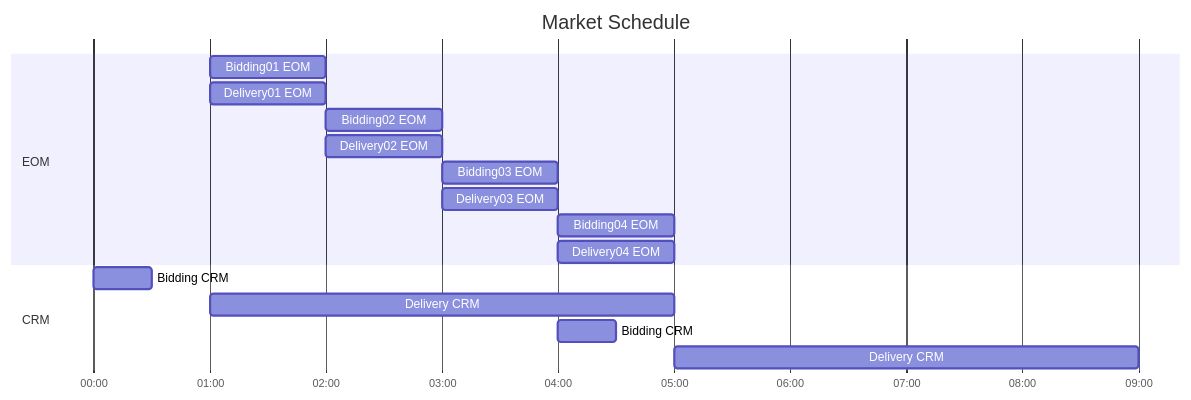
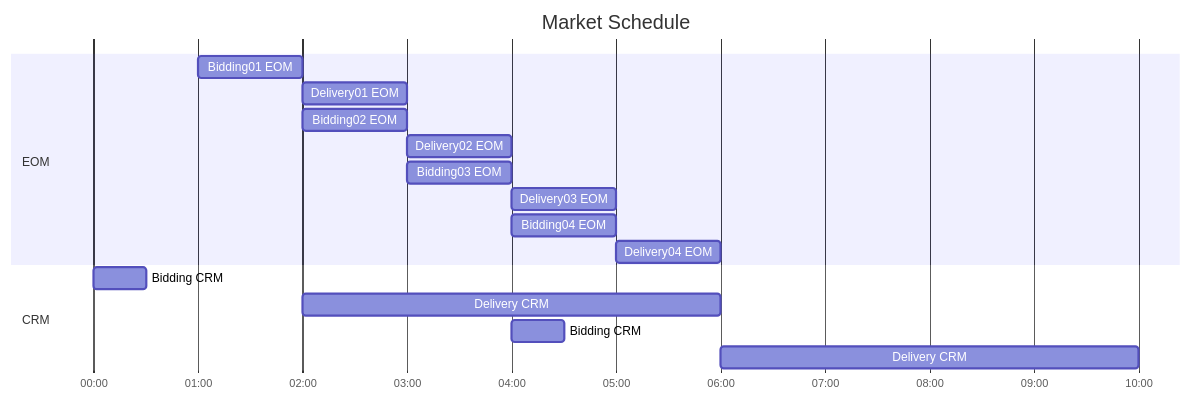
One commit to assume-framework/assume changed the second of 2 diagrams in docs/source/market_config.rst. Above: the diagram before and after it, drawn with Mermaid. The commit also changed other lines of this file, not shown here.

Commit message:
fix: correct mermaid plots in docs for market_config visualization

```diff
--- a/docs/source/market_config.rst
+++ b/docs/source/market_config.rst
@@ -152,20 +152,20 @@
 .. mermaid::
 
   gantt
     title Market Schedule
-    dateFormat  YYY-MM-DD HH:mm
+    dateFormat  YYYY-MM-DD HH:mm
     axisFormat %H:%M
     section EOM
     Bidding01 EOM          :a1, 2019-01-01 01:00, 1h
-    Delivery01 EOM         :2019-01-01 01:00, 1h
+    Delivery01 EOM         :2019-01-01 02:00, 1h
     Bidding02 EOM          :a2, 2019-01-01 02:00, 1h
-    Delivery02 EOM         :2019-01-01 02:00, 1h
+    Delivery02 EOM         :2019-01-01 03:00, 1h
     Bidding03 EOM          :a3, 2019-01-01 03:00, 1h
-    Delivery03 EOM         :2019-01-01 03:00, 1h
+    Delivery03 EOM         :2019-01-01 04:00, 1h
     Bidding04 EOM          :a4, 2019-01-01 04:00, 1h
-    Delivery04 EOM         :2019-01-01 04:00, 1h
+    Delivery04 EOM         :2019-01-01 05:00, 1h
     section CRM
     Bidding CRM            :crm01, 2019-01-01 00:00, 30m
-    Delivery CRM           :crm02, 2019-01-01 01:00, 4h
+    Delivery CRM           :crm02, 2019-01-01 02:00, 4h
     Bidding CRM            :crm03, 2019-01-01 04:00, 30m
-    Delivery CRM           :crm04, 2019-01-01 05:00, 4h
+    Delivery CRM           :crm04, 2019-01-01 06:00, 4h
```
